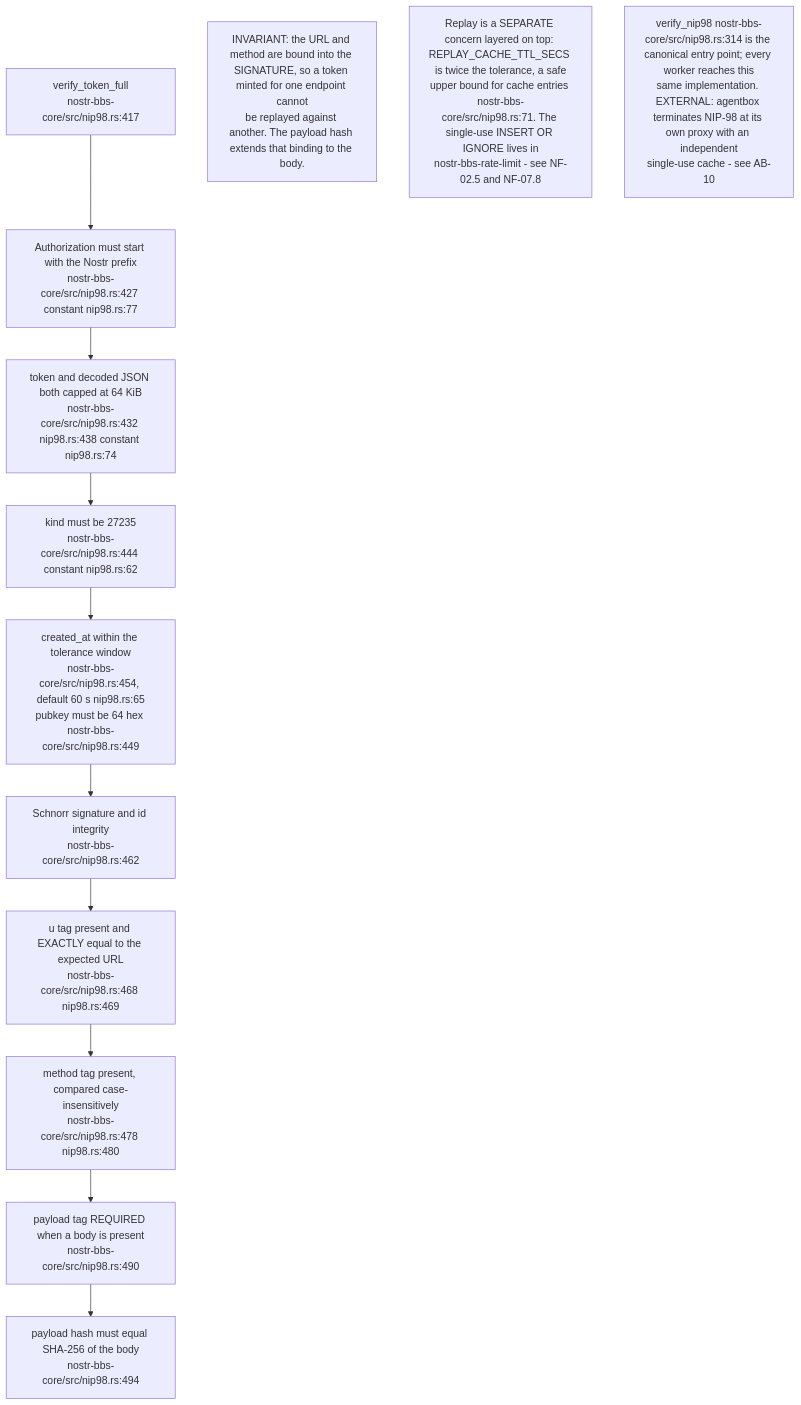
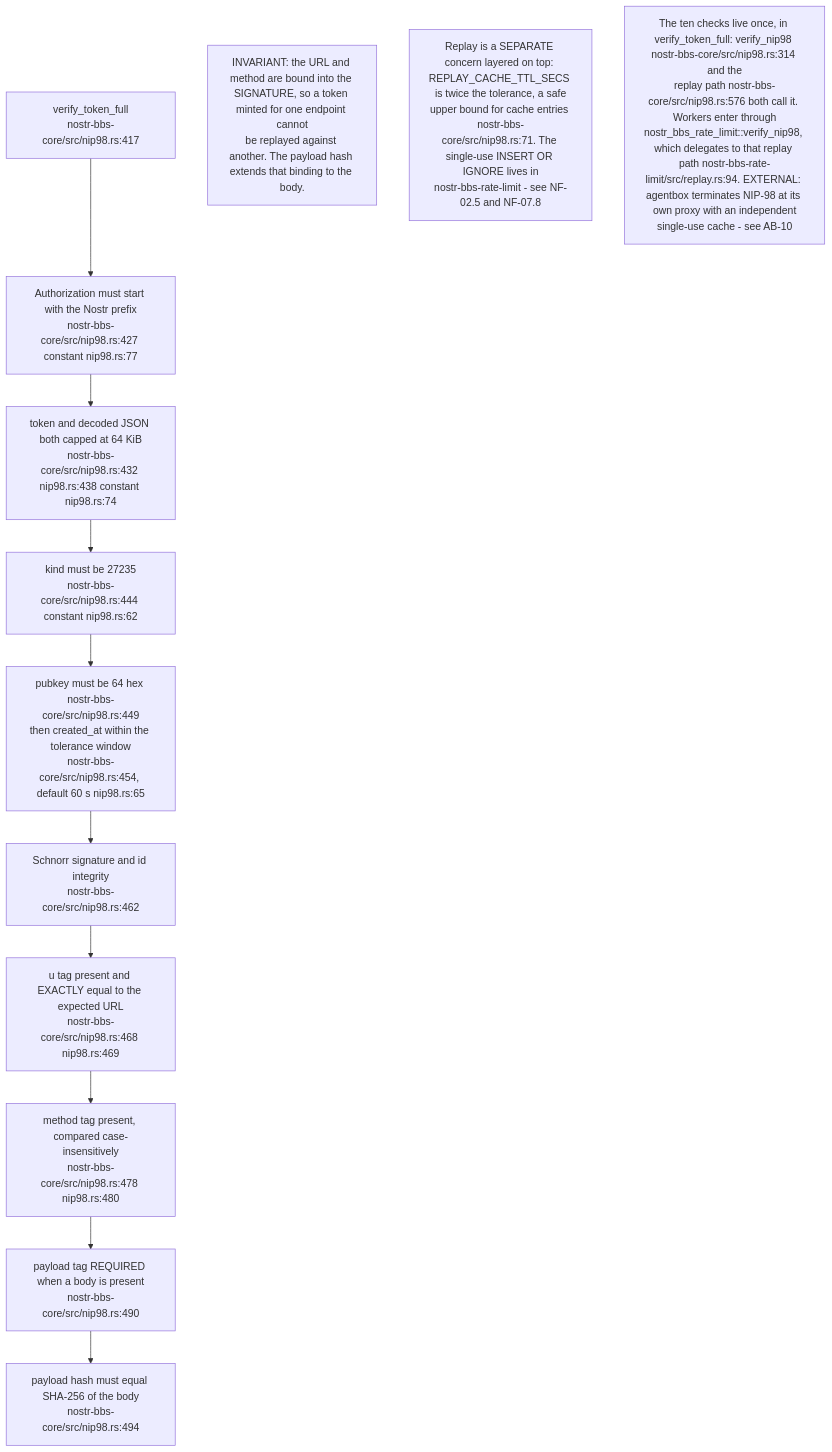
The fifth of 10 diagrams in docs/diagrams/nostr-rust-forum/12-core-wire-crypto-and-federation-envelope.md (DreamLab-AI/VisionFlow), drawn with Mermaid before and after one commit. The commit also changed other lines of this file and 91 other files, not shown here.

First line of the commit message:
docs(audit): estate audit wave 2, every repository except agentbox and VisionClaw

````diff
--- a/docs/diagrams/nostr-rust-forum/12-core-wire-crypto-and-federation-envelope.md
+++ b/docs/diagrams/nostr-rust-forum/12-core-wire-crypto-and-federation-envelope.md
@@ -188,19 +196,19 @@
 ```mermaid
 flowchart TB
     T["verify_token_full<br/>nostr-bbs-core/src/nip98.rs:417"]
     C1["Authorization must start with the Nostr prefix<br/>nostr-bbs-core/src/nip98.rs:427 constant nip98.rs:77"]
     C2["token and decoded JSON both capped at 64 KiB<br/>nostr-bbs-core/src/nip98.rs:432 nip98.rs:438 constant nip98.rs:74"]
     C3["kind must be 27235<br/>nostr-bbs-core/src/nip98.rs:444 constant nip98.rs:62"]
-    C4["created_at within the tolerance window<br/>nostr-bbs-core/src/nip98.rs:454, default 60 s nip98.rs:65<br/>pubkey must be 64 hex nostr-bbs-core/src/nip98.rs:449"]
+    C4["pubkey must be 64 hex nostr-bbs-core/src/nip98.rs:449<br/>then created_at within the tolerance window<br/>nostr-bbs-core/src/nip98.rs:454, default 60 s nip98.rs:65"]
     C5["Schnorr signature and id integrity<br/>nostr-bbs-core/src/nip98.rs:462"]
     C6["u tag present and EXACTLY equal to the expected URL<br/>nostr-bbs-core/src/nip98.rs:468 nip98.rs:469"]
     C7["method tag present, compared case-insensitively<br/>nostr-bbs-core/src/nip98.rs:478 nip98.rs:480"]
     C8["payload tag REQUIRED when a body is present<br/>nostr-bbs-core/src/nip98.rs:490"]
     C9["payload hash must equal SHA-256 of the body<br/>nostr-bbs-core/src/nip98.rs:494"]
 
     T --> C1 --> C2 --> C3 --> C4 --> C5 --> C6 --> C7 --> C8 --> C9
 
     N1["INVARIANT: the URL and method are bound into the SIGNATURE, so a token minted for one endpoint cannot<br/>be replayed against another. The payload hash extends that binding to the body."]
     N2["Replay is a SEPARATE concern layered on top: REPLAY_CACHE_TTL_SECS is twice the tolerance, a safe<br/>upper bound for cache entries nostr-bbs-core/src/nip98.rs:71. The single-use INSERT OR IGNORE lives in<br/>nostr-bbs-rate-limit - see NF-02.5 and NF-07.8"]
-    N3["verify_nip98 nostr-bbs-core/src/nip98.rs:314 is the canonical entry point; every worker reaches this<br/>same implementation. EXTERNAL: agentbox terminates NIP-98 at its own proxy with an independent<br/>single-use cache - see AB-10"]
+    N3["The ten checks live once, in verify_token_full: verify_nip98 nostr-bbs-core/src/nip98.rs:314 and the<br/>replay path nostr-bbs-core/src/nip98.rs:576 both call it. Workers enter through<br/>nostr_bbs_rate_limit::verify_nip98, which delegates to that replay path nostr-bbs-rate-limit/src/replay.rs:94. EXTERNAL: agentbox terminates NIP-98 at its own proxy with an independent<br/>single-use cache - see AB-10"]
 ```
````
